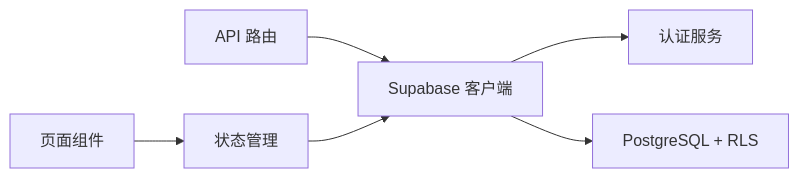
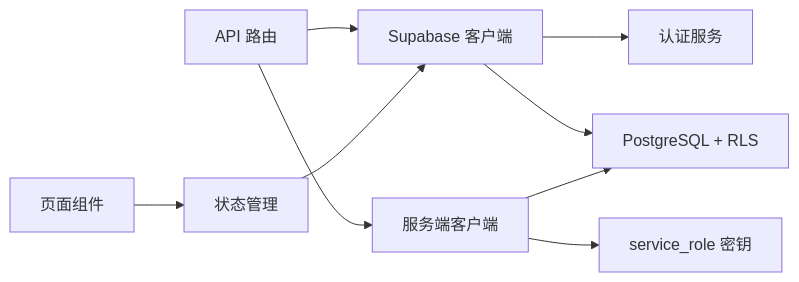
The eighth of 8 diagrams in .qoder/repowiki/zh/content/数据库设计/行级安全策略.md (javalittleman1/virtual-stock-trading), drawn with Mermaid before and after one commit. The commit also changed other lines of this file and 6 other files, not shown here.

````diff
--- a/.qoder/repowiki/zh/content/数据库设计/行级安全策略.md
+++ b/.qoder/repowiki/zh/content/数据库设计/行级安全策略.md
@@ -400,8 +454,11 @@
 ```mermaid
 graph LR
 API["API 路由"] --> Supabase["Supabase 客户端"]
+API --> ServiceClient["服务端客户端"]
+ServiceClient --> ServiceRole["service_role 密钥"]
 Supabase --> Auth["认证服务"]
 Supabase --> DB["PostgreSQL + RLS"]
+ServiceClient --> DB
 Stores["状态管理"] --> Supabase
 UI["页面组件"] --> Stores
 ```
````
